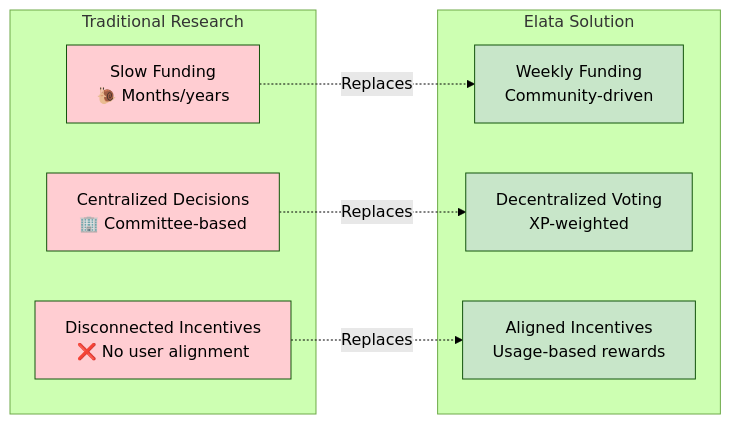
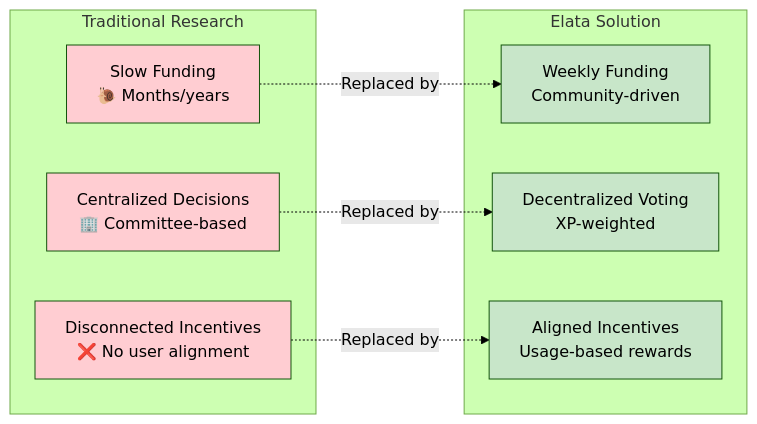
One commit to Elata-Biosciences/elata-protocol changed the first of 10 diagrams in README.md. Above: the diagram before and after it, drawn with Mermaid (forest theme).

Commit message:
Update relationship wording in README.md
previous "replaces" with the arrows behind read as the older on the left replaces the newer on the right. Changing to Replaced by resolves the issue.

````diff
--- a/README.md
+++ b/README.md
@@ -28,25 +28,25 @@
 ```mermaid
 graph LR
     subgraph "Traditional Research"
         T1[Slow Funding<br/>🐌 Months/years]
         T2[Centralized Decisions<br/>🏢 Committee-based]
         T3[Disconnected Incentives<br/>❌ No user alignment]
     end
     
     subgraph "Elata Solution"
         S1[Weekly Funding<br/> Community-driven]
         S2[Decentralized Voting<br/>XP-weighted]
         S3[Aligned Incentives<br/> Usage-based rewards]
     end
     
-    T1 -.->|Replaces| S1
-    T2 -.->|Replaces| S2
-    T3 -.->|Replaces| S3
+    T1 -.->|Replaced by| S1
+    T2 -.->|Replaced by| S2
+    T3 -.->|Replaced by| S3
     
     style T1 fill:#ffcdd2
     style T2 fill:#ffcdd2
     style T3 fill:#ffcdd2
     style S1 fill:#c8e6c9
     style S2 fill:#c8e6c9
     style S3 fill:#c8e6c9
 ```
````
